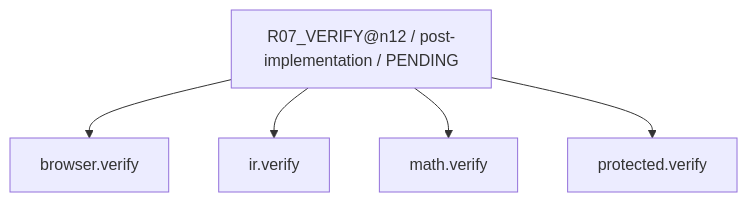
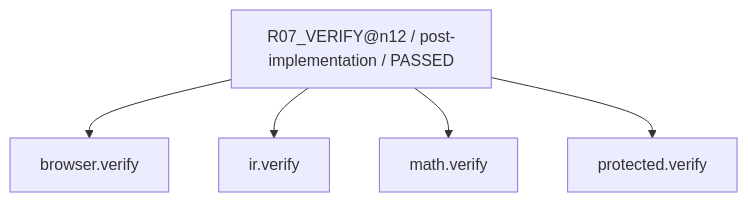
One commit to rrikunagasige-dot/kyotsu-step-web changed diagram 29 of 45 in work/items/W-MATH-036-ne02-n11-n12-guided-design/generated/CAPABILITY_FIRE_DIAGRAM.md. Above: the diagram before and after it, drawn with Mermaid. The commit also changed other lines of this file and 135 other files, not shown here.

````diff
--- a/work/items/W-MATH-036-ne02-n11-n12-guided-design/generated/CAPABILITY_FIRE_DIAGRAM.md
+++ b/work/items/W-MATH-036-ne02-n11-n12-guided-design/generated/CAPABILITY_FIRE_DIAGRAM.md
@@ -473,12 +473,12 @@
 ```mermaid
 flowchart TD
-  N0["R07_VERIFY@n12 / post-implementation / PENDING"]
+  N0["R07_VERIFY@n12 / post-implementation / PASSED"]
   N1["math.verify"]
   N2["ir.verify"]
   N3["browser.verify"]
   N4["protected.verify"]
   N0 --> N3
   N0 --> N2
   N0 --> N1
   N0 --> N4
 ```
````
